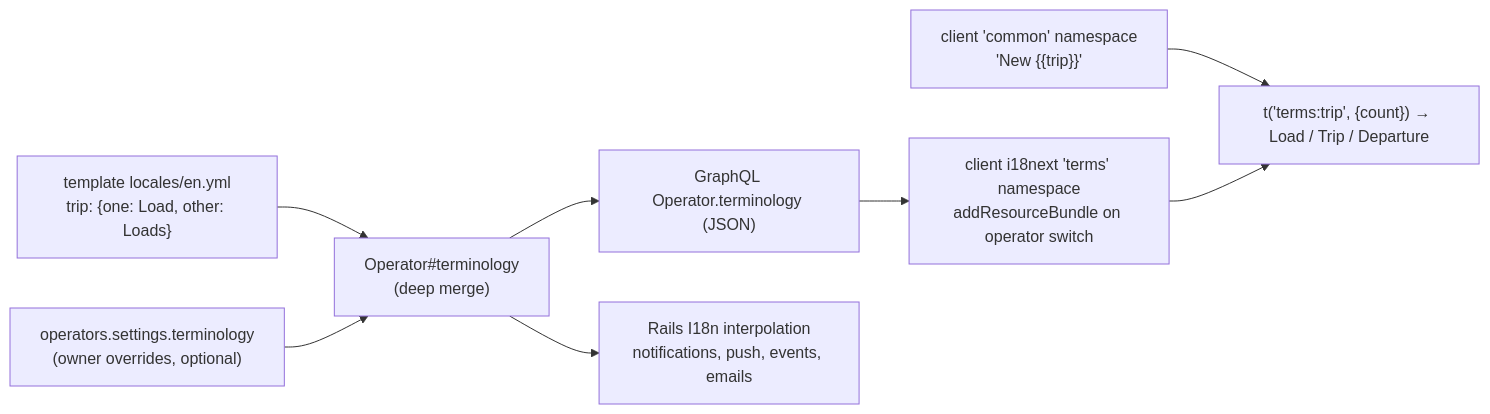
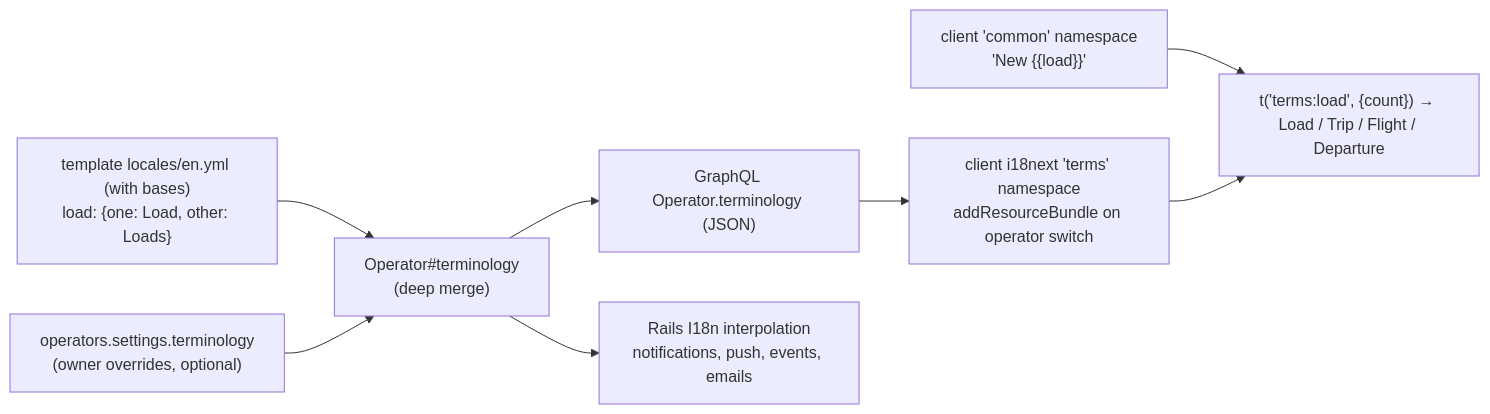
One commit to OpenManifest/openmanifest-server changed the eighth of 10 diagrams in docs/reference/GENERALISATION.md. Above: the diagram before and after it, drawn with Mermaid. The commit also changed other lines of this file and 1 other file, not shown here.

````diff
--- a/docs/reference/GENERALISATION.md
+++ b/docs/reference/GENERALISATION.md
@@ -474,10 +573,10 @@
 ```mermaid
 flowchart LR
-  T["template locales/en.yml<br/>trip: {one: Load, other: Loads}"] --> Merge
+  T["template locales/en.yml (with bases)<br/>load: {one: Load, other: Loads}"] --> Merge
   O["operators.settings.terminology<br/>(owner overrides, optional)"] --> Merge
   Merge["Operator#terminology<br/>(deep merge)"] --> API["GraphQL Operator.terminology (JSON)"]
   Merge --> Srv["Rails I18n interpolation<br/>notifications, push, events, emails"]
   API --> Bundle["client i18next 'terms' namespace<br/>addResourceBundle on operator switch"]
-  Common["client 'common' namespace<br/>'New {{trip}}'"] --> UI
-  Bundle --> UI["t('terms:trip', {count}) → Load / Trip / Departure"]
+  Common["client 'common' namespace<br/>'New {{load}}'"] --> UI
+  Bundle --> UI["t('terms:load', {count}) → Load / Trip / Flight / Departure"]
 ```
````
